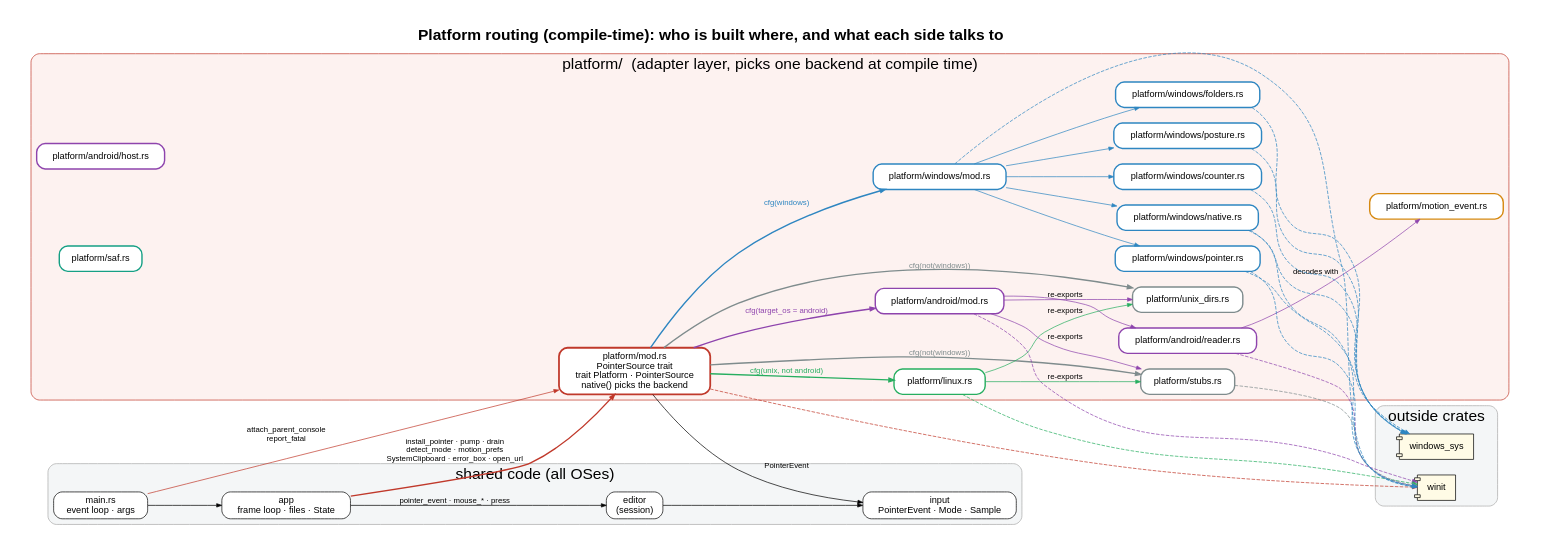
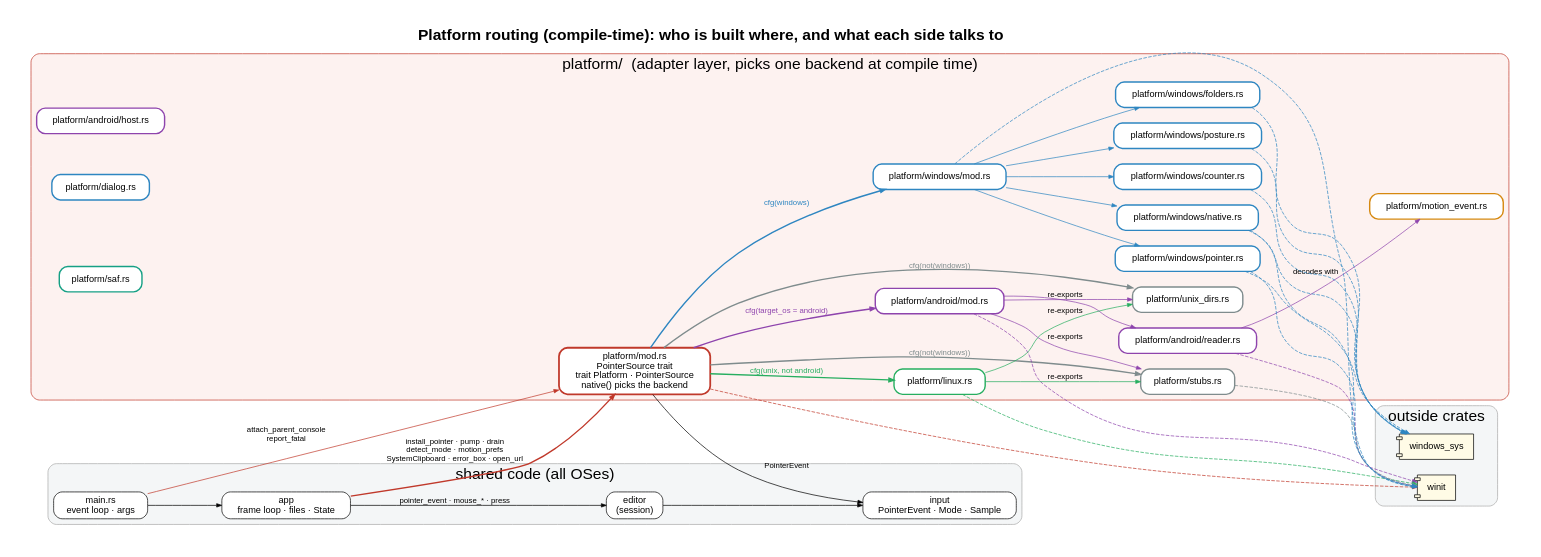
One commit to rajatmo/inkpdf changed the diagram in docs/deps/platform.dot. Above: the diagram before and after it, drawn with Graphviz. The commit also changed 7 other files, not shown here.

First line of the commit message:
Roadmap: the input milestone (1.4.0, planned) and what was done since 1.3.0; dependency graph knows the dialog module

```diff
--- a/docs/deps/platform.dot
+++ b/docs/deps/platform.dot
@@ -1,69 +1,70 @@
 digraph P {
 rankdir=LR; newrank=true; splines=true; nodesep=0.3; ranksep=1.1; pad=0.4;
 label=<<b>Platform routing (compile-time): who is built where, and what each side talks to</b>>; labelloc=t; fontsize=22; fontname="Helvetica";
 node [shape=box, style="rounded,filled", fillcolor=white, fontname="Helvetica", fontsize=13, margin="0.14,0.07"];
 edge [arrowsize=0.7, fontname="Helvetica", fontsize=11];
 subgraph cluster_shared { label="shared code (all OSes)"; style="rounded,filled"; fillcolor="#f4f6f7"; color="#aaaaaa"; fontname="Helvetica";
   "app" [label="app\nframe loop · files · State"];
   "main" [label="main.rs\nevent loop · args"];
   "editor" [label="editor\n(session)"];
   "input" [label="input\nPointerEvent · Mode · Sample"];
 }
 subgraph cluster_plat { label="platform/  (adapter layer, picks one backend at compile time)"; style="rounded,filled"; fillcolor="#fdf2f0"; color="#c0392b"; fontname="Helvetica";
   "platform_mod" [label="platform/mod.rs\nPointerSource trait\ntrait Platform · PointerSource\nnative() picks the backend", penwidth=2.5, color="#c0392b"];
   "p_android_host" [label="platform/android/host.rs", color="#8e44ad", penwidth=2];
   "p_android_mod" [label="platform/android/mod.rs", color="#8e44ad", penwidth=2];
   "p_android_reader" [label="platform/android/reader.rs", color="#8e44ad", penwidth=2];
+  "p_dialog" [label="platform/dialog.rs", color="#2e86c1", penwidth=2];
   "p_linux" [label="platform/linux.rs", color="#27ae60", penwidth=2];
   "p_motion_event" [label="platform/motion_event.rs", color="#d68910", penwidth=2];
   "p_saf" [label="platform/saf.rs", color="#16a085", penwidth=2];
   "p_stubs" [label="platform/stubs.rs", color="#7f8c8d", penwidth=2];
   "p_unix_dirs" [label="platform/unix_dirs.rs", color="#7f8c8d", penwidth=2];
   "p_windows_counter" [label="platform/windows/counter.rs", color="#2e86c1", penwidth=2];
   "p_windows_folders" [label="platform/windows/folders.rs", color="#2e86c1", penwidth=2];
   "p_windows_mod" [label="platform/windows/mod.rs", color="#2e86c1", penwidth=2];
   "p_windows_native" [label="platform/windows/native.rs", color="#2e86c1", penwidth=2];
   "p_windows_pointer" [label="platform/windows/pointer.rs", color="#2e86c1", penwidth=2];
   "p_windows_posture" [label="platform/windows/posture.rs", color="#2e86c1", penwidth=2];
 }
 subgraph cluster_ext { label="outside crates"; style="rounded,filled"; fillcolor="#f4f6f7"; color="#aaaaaa"; fontname="Helvetica";
   "x_winit" [label="winit", shape=component, fillcolor="#fffbe6"];
   "x_windows_sys" [label="windows_sys", shape=component, fillcolor="#fffbe6"];
 }
 "main" -> "app"
 "app" -> "platform_mod" [label="install_pointer · pump · drain\ndetect_mode · motion_prefs\nSystemClipboard · error_box · open_url", penwidth=2, color="#c0392b"]
 "app" -> "editor" [label="pointer_event · mouse_* · press"]
 "main" -> "platform_mod" [label="attach_parent_console\nreport_fatal", color="#c0392b"]
 "platform_mod" -> "input" [label="PointerEvent"]
 "editor" -> "input"
 "platform_mod" -> "p_android_mod" [label="cfg(target_os = android)", color="#8e44ad", penwidth=2, fontcolor="#8e44ad"]
 "p_android_mod" -> "x_winit" [color="#8e44ad", style=dashed]
 "p_android_reader" -> "x_winit" [color="#8e44ad", style=dashed]
 "platform_mod" -> "p_linux" [label="cfg(unix, not android)", color="#27ae60", penwidth=2, fontcolor="#27ae60"]
 "p_linux" -> "x_winit" [color="#27ae60", style=dashed]
 "platform_mod" -> "p_stubs" [label="cfg(not(windows))", color="#7f8c8d", penwidth=2, fontcolor="#7f8c8d"]
 "p_stubs" -> "x_winit" [color="#7f8c8d", style=dashed]
 "platform_mod" -> "p_unix_dirs" [label="cfg(not(windows))", color="#7f8c8d", penwidth=2, fontcolor="#7f8c8d"]
 "p_windows_counter" -> "x_windows_sys" [color="#2e86c1", style=dashed]
 "p_windows_folders" -> "x_windows_sys" [color="#2e86c1", style=dashed]
 "platform_mod" -> "p_windows_mod" [label="cfg(windows)", color="#2e86c1", penwidth=2, fontcolor="#2e86c1"]
 "p_windows_mod" -> "x_winit" [color="#2e86c1", style=dashed]
 "p_windows_native" -> "x_windows_sys" [color="#2e86c1", style=dashed]
 "p_windows_native" -> "x_winit" [color="#2e86c1", style=dashed]
 "p_windows_pointer" -> "x_windows_sys" [color="#2e86c1", style=dashed]
 "p_windows_pointer" -> "x_winit" [color="#2e86c1", style=dashed]
 "p_windows_posture" -> "x_windows_sys" [color="#2e86c1", style=dashed]
 "platform_mod" -> "x_winit" [style=dashed, color="#c0392b"]
 "p_windows_mod" -> "p_windows_pointer" [color="#2e86c1"]
 "p_windows_mod" -> "p_windows_native" [color="#2e86c1"]
 "p_windows_mod" -> "p_windows_posture" [color="#2e86c1"]
 "p_windows_mod" -> "p_windows_folders" [color="#2e86c1"]
 "p_windows_mod" -> "p_windows_counter" [color="#2e86c1"]
 "p_android_mod" -> "p_android_reader" [color="#8e44ad"]
 "p_linux" -> "p_stubs" [label="re-exports", color="#27ae60"]
 "p_linux" -> "p_unix_dirs" [label="re-exports", color="#27ae60"]
 "p_android_mod" -> "p_stubs" [label="re-exports", color="#8e44ad"]
 "p_android_mod" -> "p_unix_dirs" [label="re-exports", color="#8e44ad"]
 "p_android_reader" -> "p_motion_event" [label="decodes with", color="#8e44ad"]
 {rank=same; "p_windows_mod"; "p_linux"; "p_android_mod";}
 }
```
